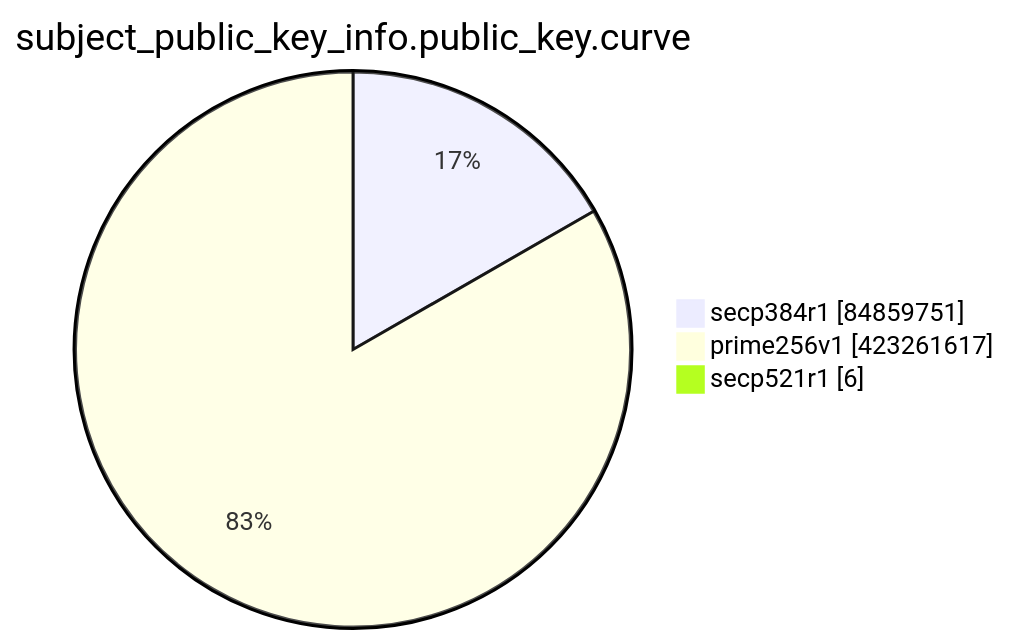
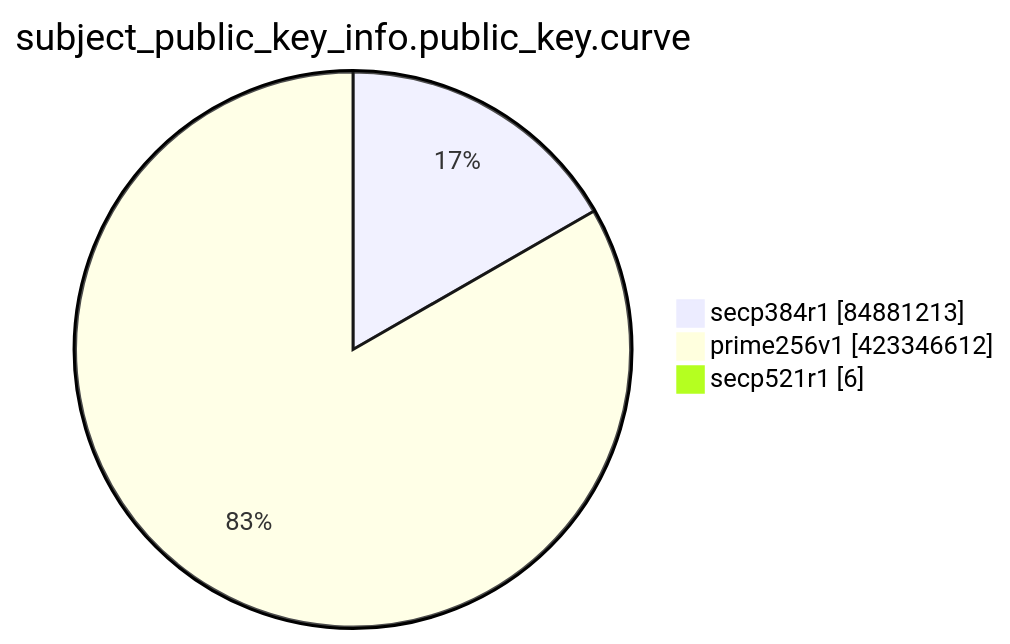
One commit to christiankrug/ctmonitor_visualization changed the eighth of 15 diagrams in TOTAL/README.md. Above: the diagram before and after it, drawn with Mermaid. The commit also changed other lines of this file, not shown here.

````diff
--- a/TOTAL/README.md
+++ b/TOTAL/README.md
@@ -3099,7 +3099,7 @@
 ```mermaid
 pie showData
 title subject_public_key_info.public_key.curve
-"secp384r1" :84859751
-"prime256v1" :423261617
+"secp384r1" :84881213
+"prime256v1" :423346612
 "secp521r1" :6
 ```
````
